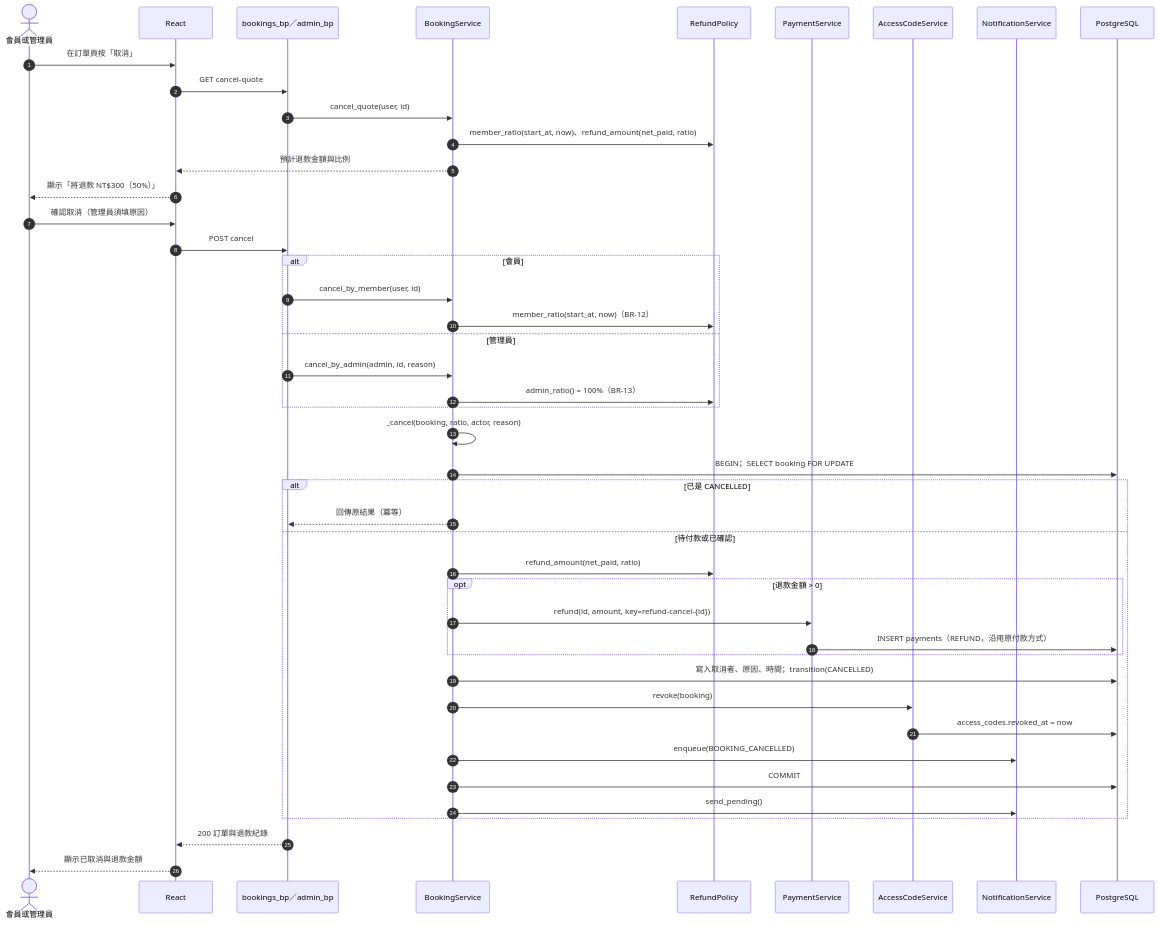
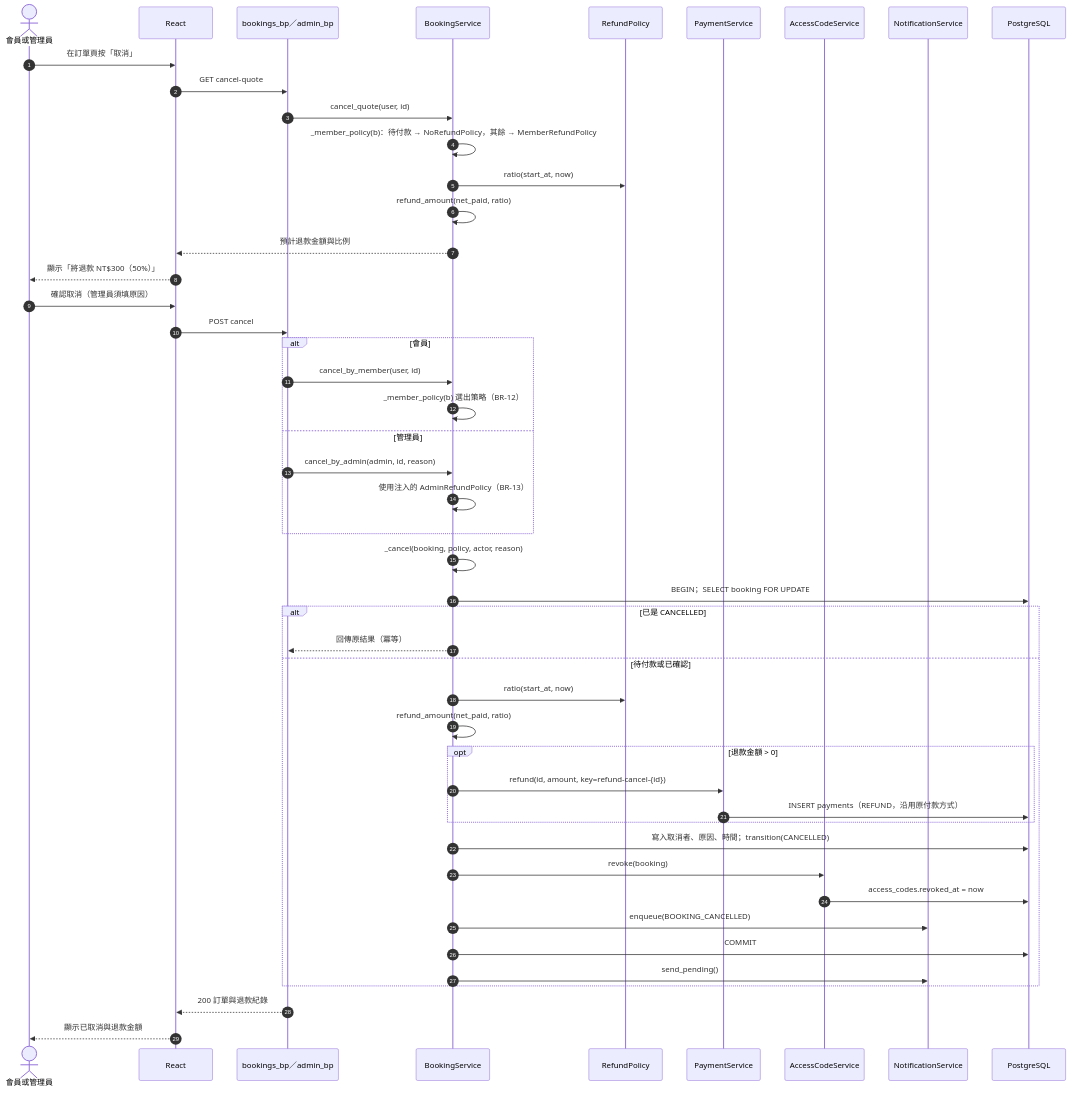
One commit to mason45ok/NCU_Sofware_Eng changed diagram 13 of 21 in BMAD/docs/設計圖_邏輯設計與細部設計.md. Above: the diagram before and after it, drawn with Mermaid. The commit also changed other lines of this file and 9 other files, not shown here.

First line of the commit message:
docs: 同步第四層重構（ARCHITECTURE、設計圖與 PNG、AI 使用紀錄）

````diff
--- a/BMAD/docs/設計圖_邏輯設計與細部設計.md
+++ b/BMAD/docs/設計圖_邏輯設計與細部設計.md
@@ -925,48 +982,51 @@
 ```mermaid
 sequenceDiagram
     autonumber
     actor U as 會員或管理員
     participant FE as React
     participant BP as bookings_bp／admin_bp
     participant BS as BookingService
     participant RP as RefundPolicy
     participant PS as PaymentService
     participant AC as AccessCodeService
     participant NS as NotificationService
     participant DB as PostgreSQL
 
     U->>FE: 在訂單頁按「取消」
     FE->>BP: GET cancel-quote
     BP->>BS: cancel_quote(user, id)
-    BS->>RP: member_ratio(start_at, now)、refund_amount(net_paid, ratio)
+    BS->>BS: _member_policy(b)：待付款 → NoRefundPolicy，其餘 → MemberRefundPolicy
+    BS->>RP: ratio(start_at, now)
+    BS->>BS: refund_amount(net_paid, ratio)
     BS-->>FE: 預計退款金額與比例
     FE-->>U: 顯示「將退款 NT$300（50%）」
     U->>FE: 確認取消（管理員須填原因）
     FE->>BP: POST cancel
     alt 會員
         BP->>BS: cancel_by_member(user, id)
-        BS->>RP: member_ratio(start_at, now)（BR-12）
+        BS->>BS: _member_policy(b) 選出策略（BR-12）
     else 管理員
         BP->>BS: cancel_by_admin(admin, id, reason)
-        BS->>RP: admin_ratio() = 100%（BR-13）
+        BS->>BS: 使用注入的 AdminRefundPolicy（BR-13）
     end
-    BS->>BS: _cancel(booking, ratio, actor, reason)
+    BS->>BS: _cancel(booking, policy, actor, reason)
     BS->>DB: BEGIN；SELECT booking FOR UPDATE
     alt 已是 CANCELLED
         BS-->>BP: 回傳原結果（冪等）
     else 待付款或已確認
-        BS->>RP: refund_amount(net_paid, ratio)
+        BS->>RP: ratio(start_at, now)
+        BS->>BS: refund_amount(net_paid, ratio)
         opt 退款金額 > 0
             BS->>PS: refund(id, amount, key=refund-cancel-{id})
             PS->>DB: INSERT payments（REFUND，沿用原付款方式）
         end
         BS->>DB: 寫入取消者、原因、時間；transition(CANCELLED)
         BS->>AC: revoke(booking)
         AC->>DB: access_codes.revoked_at = now
         BS->>NS: enqueue(BOOKING_CANCELLED)
         BS->>DB: COMMIT
         BS->>NS: send_pending()
     end
     BP-->>FE: 200 訂單與退款紀錄
     FE-->>U: 顯示已取消與退款金額
 ```
````
